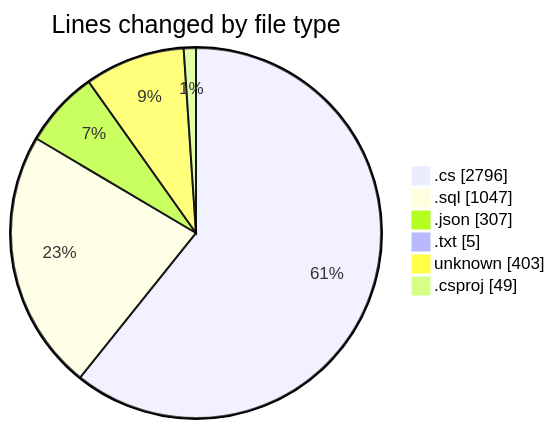
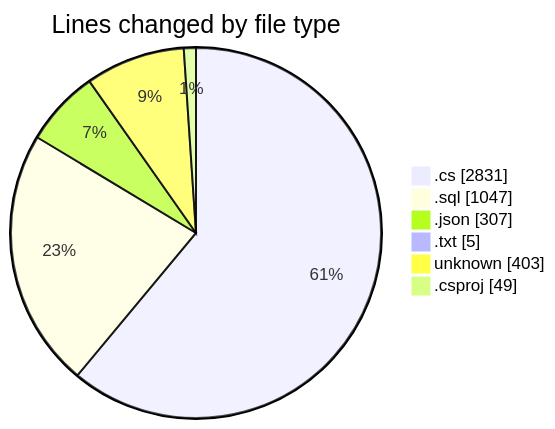
The first of 2 diagrams in 2025-04-04/back-end/README.md (Netris89/code-tracking), drawn with Mermaid before and after one commit. The commit also changed other lines of this file and 1 other file, not shown here.

````diff
--- a/2025-04-04/back-end/README.md
+++ b/2025-04-04/back-end/README.md
@@ -39,10 +40,10 @@
 ```mermaid
 pie showData
 title Lines changed by file type
-".cs" : 2796
+".cs" : 2831
 ".sql" : 1047
 ".json" : 307
 ".txt" : 5
 "unknown" : 403
 ".csproj" : 49
 ```
````
